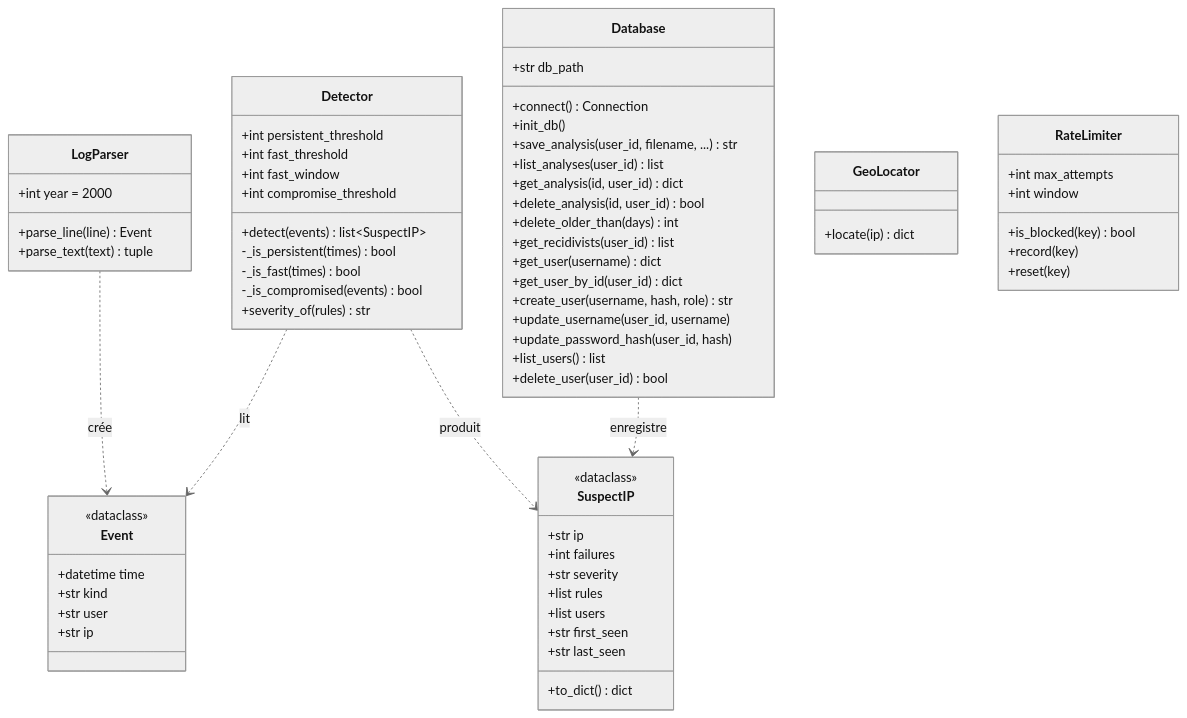
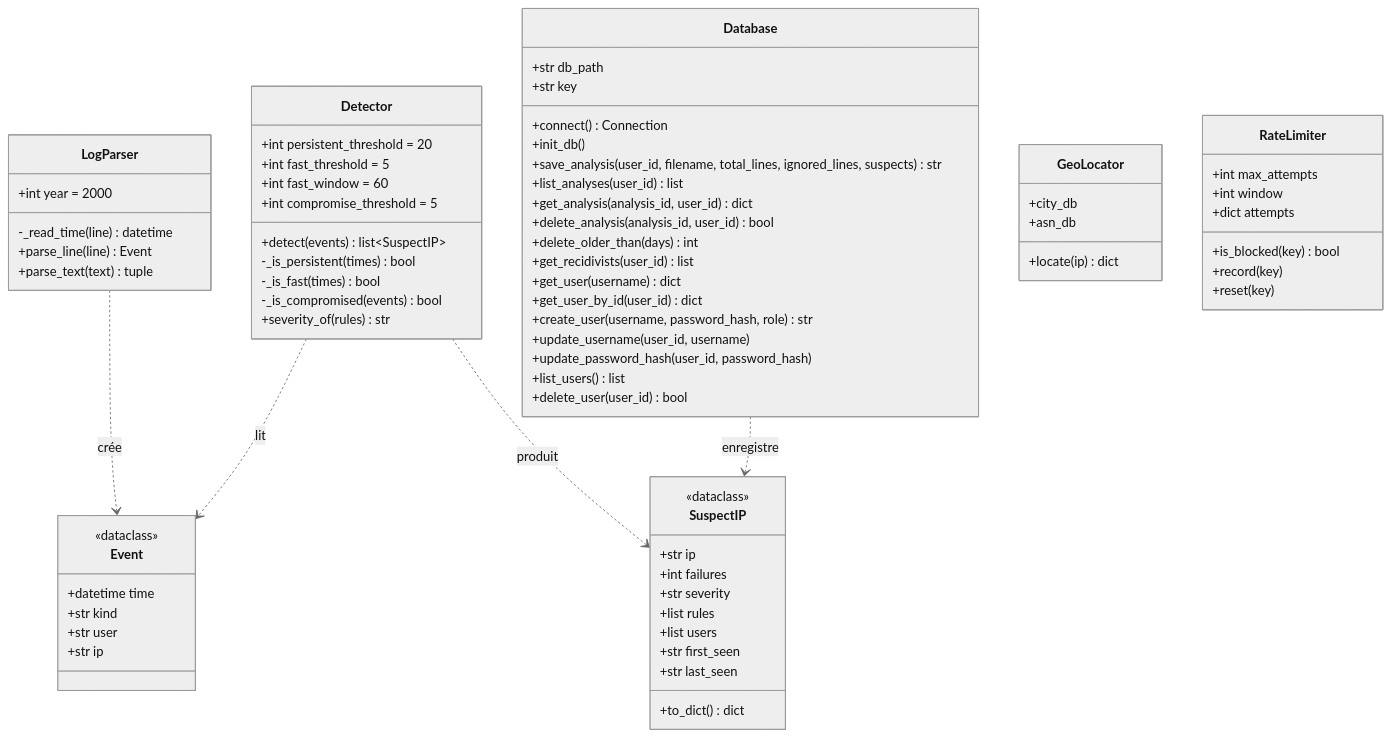
Before and after one commit to anil-akr/sentinelssh: the fourth of 11 diagrams in docs/diagrammes.md, drawn with Mermaid (neutral theme). The commit also changed other lines of this file and 17 other files, not shown here.

Commit message:
docs: refresh README, API reference, diagrams, decisions and test report

````diff
--- a/docs/diagrammes.md
+++ b/docs/diagrammes.md
@@ -88,69 +151,74 @@
 ```mermaid
 classDiagram
     class LogParser {
         +int year = 2000
+        -_read_time(line) datetime
         +parse_line(line) Event
         +parse_text(text) tuple
     }
     class Detector {
-        +int persistent_threshold
-        +int fast_threshold
-        +int fast_window
-        +int compromise_threshold
+        +int persistent_threshold = 20
+        +int fast_threshold = 5
+        +int fast_window = 60
+        +int compromise_threshold = 5
         +detect(events) list~SuspectIP~
         -_is_persistent(times) bool
         -_is_fast(times) bool
         -_is_compromised(events) bool
         +severity_of(rules) str
     }
     class Database {
         +str db_path
+        +str key
         +connect() Connection
         +init_db()
-        +save_analysis(user_id, filename, ...) str
+        +save_analysis(user_id, filename, total_lines, ignored_lines, suspects) str
         +list_analyses(user_id) list
-        +get_analysis(id, user_id) dict
-        +delete_analysis(id, user_id) bool
+        +get_analysis(analysis_id, user_id) dict
+        +delete_analysis(analysis_id, user_id) bool
         +delete_older_than(days) int
         +get_recidivists(user_id) list
         +get_user(username) dict
         +get_user_by_id(user_id) dict
-        +create_user(username, hash, role) str
+        +create_user(username, password_hash, role) str
         +update_username(user_id, username)
-        +update_password_hash(user_id, hash)
+        +update_password_hash(user_id, password_hash)
         +list_users() list
         +delete_user(user_id) bool
     }
     class GeoLocator {
+        +city_db
+        +asn_db
         +locate(ip) dict
     }
     class RateLimiter {
         +int max_attempts
         +int window
+        +dict attempts
         +is_blocked(key) bool
         +record(key)
         +reset(key)
     }
     class Event {
         <<dataclass>>
         +datetime time
         +str kind
         +str user
         +str ip
     }
     class SuspectIP {
         <<dataclass>>
         +str ip
         +int failures
         +str severity
         +list rules
         +list users
         +str first_seen
         +str last_seen
         +to_dict() dict
     }
     LogParser ..> Event : crée
     Detector ..> Event : lit
     Detector ..> SuspectIP : produit
     Database ..> SuspectIP : enregistre
 ```
````
